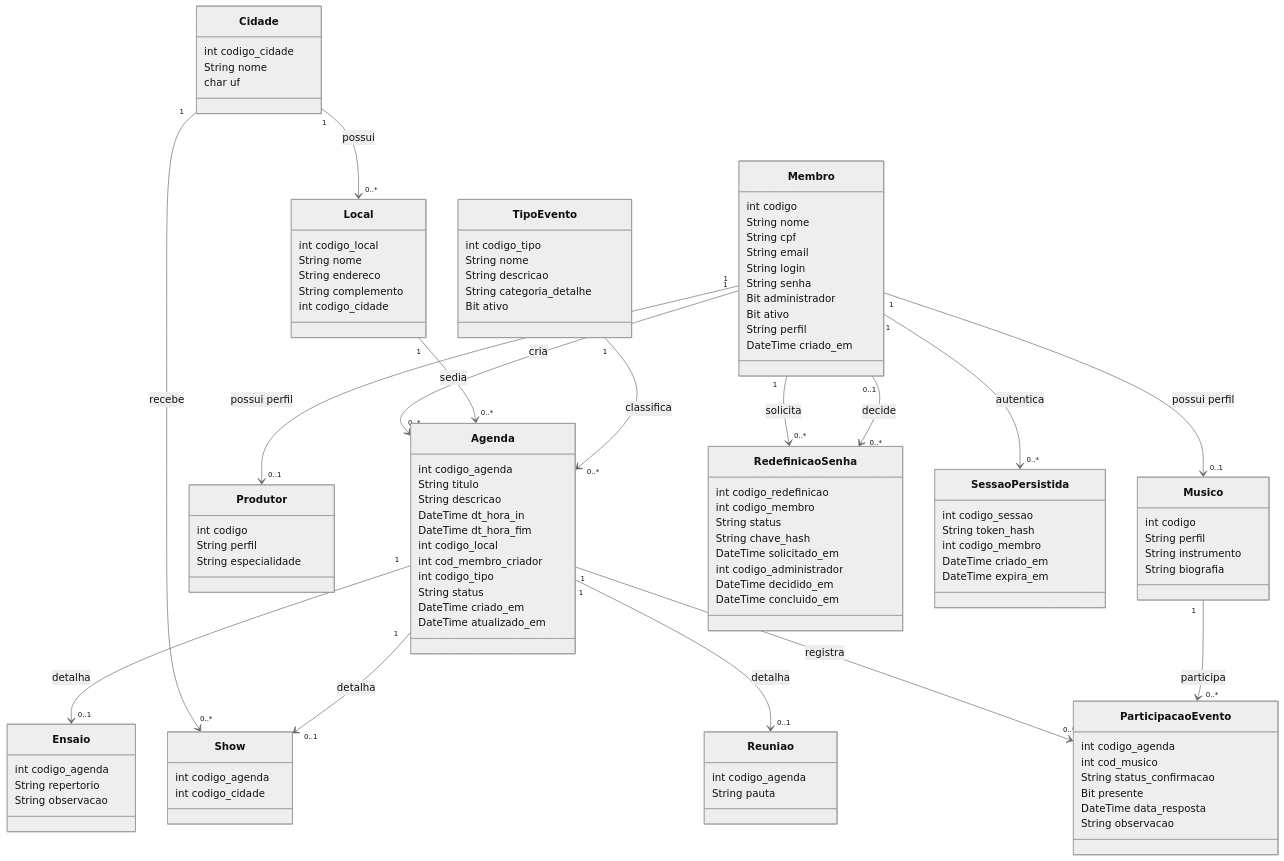
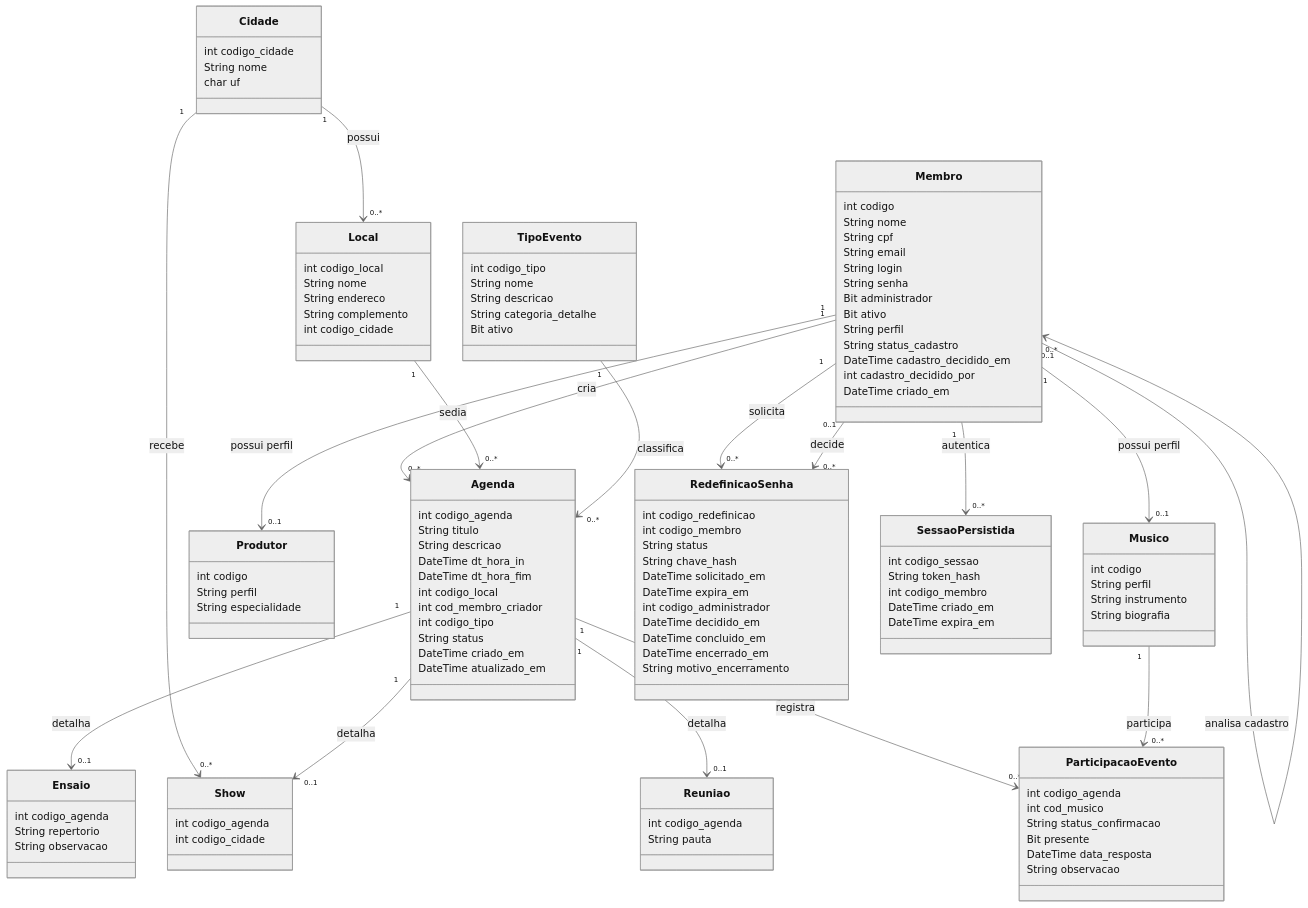
Before and after one commit to Sollo99/AgendaBandaV2: the diagram in database/diagrama_classe.md, drawn with Mermaid (neutral theme). The commit also changed other lines of this file and 1 other file, not shown here.

Commit message:
docs: atualiza fluxos de autenticacao, configuracoes e modelo de dados

````diff
--- a/database/diagrama_classe.md
+++ b/database/diagrama_classe.md
@@ -12,6 +12,9 @@
         Bit administrador
         Bit ativo
         String perfil
+        String status_cadastro
+        DateTime cadastro_decidido_em
+        int cadastro_decidido_por
         DateTime criado_em
     }
 
@@ -95,9 +98,12 @@
         String status
         String chave_hash
         DateTime solicitado_em
+        DateTime expira_em
         int codigo_administrador
         DateTime decidido_em
         DateTime concluido_em
+        DateTime encerrado_em
+        String motivo_encerramento
     }
 
     class SessaoPersistida {
@@ -123,4 +129,5 @@
     Membro "1" --> "0..*" RedefinicaoSenha : solicita
     Membro "0..1" --> "0..*" RedefinicaoSenha : decide
     Membro "1" --> "0..*" SessaoPersistida : autentica
+    Membro "0..1" --> "0..*" Membro : analisa cadastro
 ```
````
